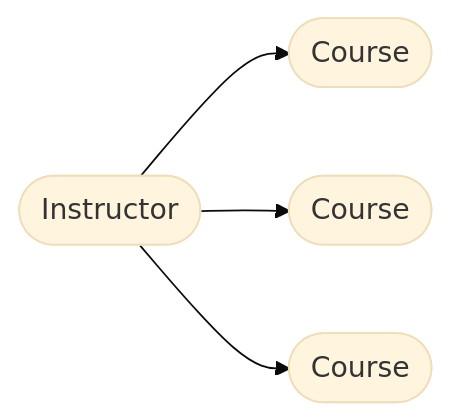
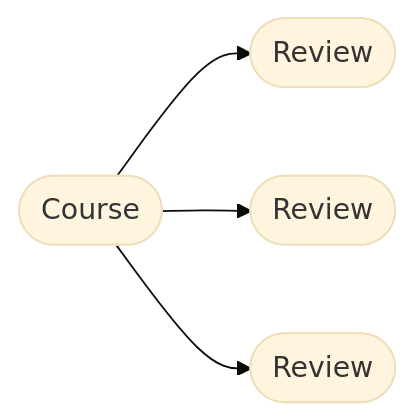
Before and after one commit to azharYahya95/hibernate: the first of 2 diagrams in README.md, drawn with Mermaid (base theme). The commit also changed other lines of this file and 6 other files, not shown here.

````diff
--- a/README.md
+++ b/README.md
@@ -5,5 +6,7 @@
 ```mermaid
 flowchart LR;
-I([Instructor]);C1([Course]);C2([Course]);C3([Course]);
-I --> C1;I --> C2; I --> C3;
+C([Course]);R1([Review]);R2([Review]);R3([Review]);
+C --> R1;
+C --> R2;
+C --> R3;
 ```
````
